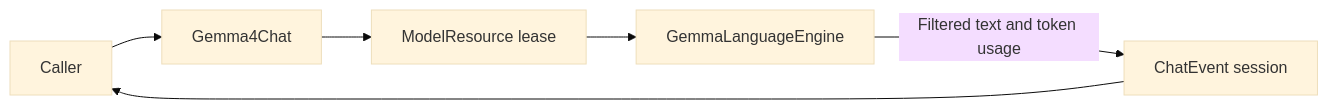
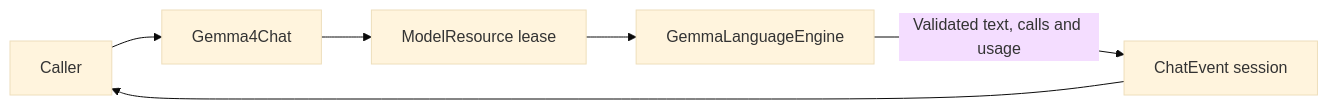
Before and after one commit to devilyouwei/MobileHarness: the first of 2 diagrams in MobileHarness/ModelKit/Language/LLM/Gemma4/README.md, drawn with Mermaid (base theme). The commit also changed other lines of this file and 61 other files, not shown here.

````diff
--- a/MobileHarness/ModelKit/Language/LLM/Gemma4/README.md
+++ b/MobileHarness/ModelKit/Language/LLM/Gemma4/README.md
@@ -15,8 +15,8 @@
 ```mermaid
 flowchart LR
  Caller --> Adapter[Gemma4Chat]
  Adapter --> Lease[ModelResource lease]
  Lease --> Backend[GemmaLanguageEngine]
- Backend -->|Filtered text and token usage| Session[ChatEvent session]
+ Backend -->|Validated text, calls and usage| Session[ChatEvent session]
  Session --> Caller
 ```
````
